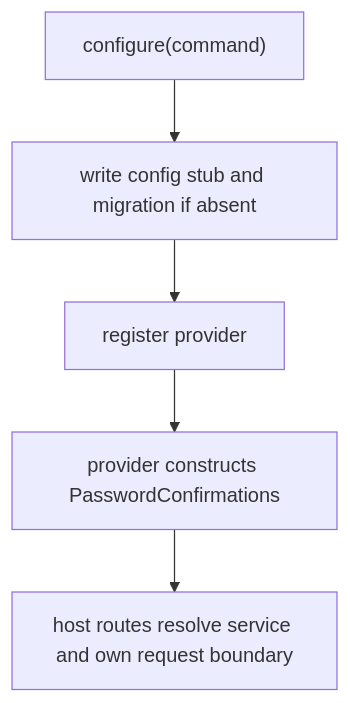
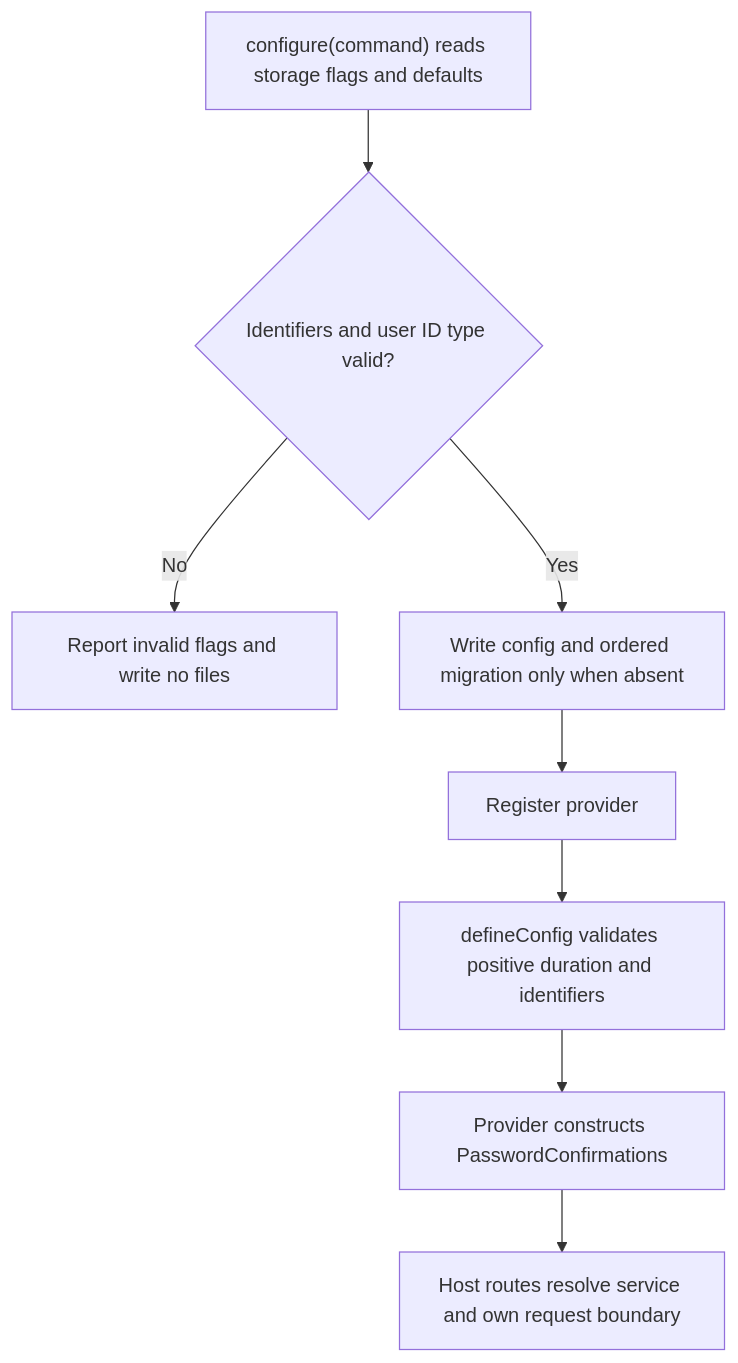
One commit to Kevinjohn/oss-adonisjs-confirm-action-with-password changed the second of 2 diagrams in user-stories/US-CONFIRM-04-configure-confirmations.md. Above: the diagram before and after it, drawn with Mermaid. The commit also changed other lines of this file, not shown here.

````diff
--- a/user-stories/US-CONFIRM-04-configure-confirmations.md
+++ b/user-stories/US-CONFIRM-04-configure-confirmations.md
@@ -31,7 +39,10 @@
 ```mermaid
 flowchart TD
-    A["configure(command)"] --> B["write config stub and migration if absent"]
-    B --> C["register provider"]
-    C --> D["provider constructs PasswordConfirmations"]
-    D --> E["host routes resolve service and own request boundary"]
+    A["configure(command) reads storage flags and defaults"] --> B{"Identifiers and user ID type valid?"}
+    B -->|No| C["Report invalid flags and write no files"]
+    B -->|Yes| D["Write config and ordered migration only when absent"]
+    D --> E["Register provider"]
+    E --> F["defineConfig validates positive duration and identifiers"]
+    F --> G["Provider constructs PasswordConfirmations"]
+    G --> H["Host routes resolve service and own request boundary"]
 ```
````
